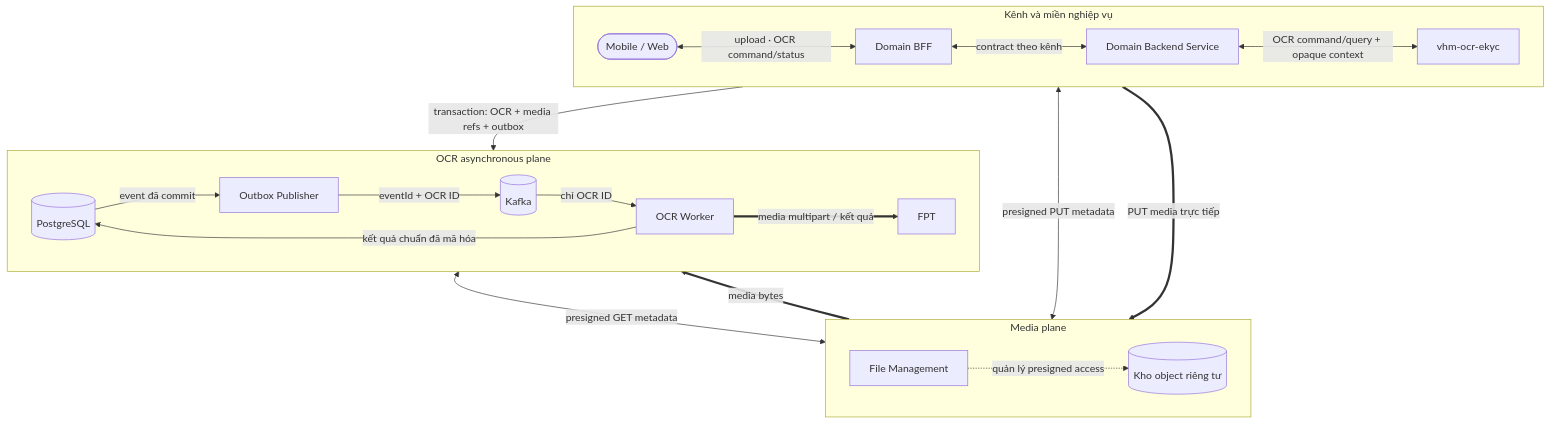
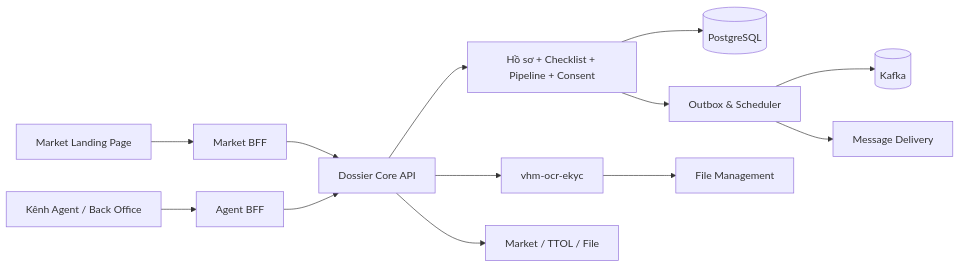
One commit to huynv-xyz/vhm changed the second of 8 diagrams in tdd-dossier.md. Above: the diagram before and after it, drawn with Mermaid. The commit also changed other lines of this file, not shown here.

````diff
--- a/tdd-dossier.md
+++ b/tdd-dossier.md
@@ -898,42 +210,15 @@
 ```mermaid
-flowchart TB
-    subgraph CHANNEL_DOMAIN[Kênh và miền nghiệp vụ]
-        direction LR
-        CHANNEL([Mobile / Web])
-        BFF[Domain BFF]
-        DOMAIN[Domain Backend Service]
-        API[vhm-ocr-ekyc]
-
-        CHANNEL <-->|upload · OCR command/status| BFF
-        BFF <-->|contract theo kênh| DOMAIN
-        DOMAIN <-->|OCR command/query + opaque context| API
-    end
-
-    subgraph MEDIA[Media plane]
-        direction LR
-        FILE[File Management]
-        STORAGE[(Kho object riêng tư)]
-        FILE -.->|quản lý presigned access| STORAGE
-    end
-
-    subgraph ASYNC[OCR asynchronous plane]
-        direction LR
-        DB[(PostgreSQL)]
-        OUTBOX[Outbox Publisher]
-        KAFKA[(Kafka)]
-        WORKER[OCR Worker]
-        PROVIDER[FPT]
-
-        DB -->|event đã commit| OUTBOX
-        OUTBOX -->|eventId + OCR ID| KAFKA
-        KAFKA -->|chỉ OCR ID| WORKER
-        WORKER ==>|media multipart / kết quả| PROVIDER
-    end
-
-    API <-->|presigned PUT metadata| FILE
-    CHANNEL ==>|PUT media trực tiếp| STORAGE
-    API -->|transaction: OCR + media refs + outbox| DB
-    WORKER <-->|presigned GET metadata| FILE
-    STORAGE ==>|media bytes| WORKER
-    WORKER -->|kết quả chuẩn đã mã hóa| DB
+flowchart LR
+    Landing[Market Landing Page] --> MBFF[Market BFF]
+    Channel[Kênh Agent / Back Office] --> ABFF[Agent BFF]
+    MBFF --> API[Dossier Core API]
+    ABFF --> API
+    API --> Domain[Hồ sơ + Checklist + Pipeline + Consent]
+    Domain --> DB[(PostgreSQL)]
+    Domain --> Relay[Outbox & Scheduler]
+    Relay --> Kafka[(Kafka)]
+    Relay --> Message[Message Delivery]
+    API --> OCR[vhm-ocr-ekyc]
+    OCR --> File[File Management]
+    API --> Enterprise[Market / TTOL / File]
 ```
````
